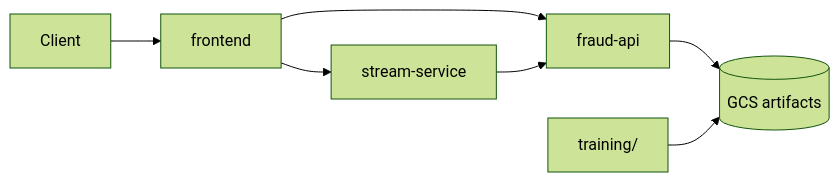
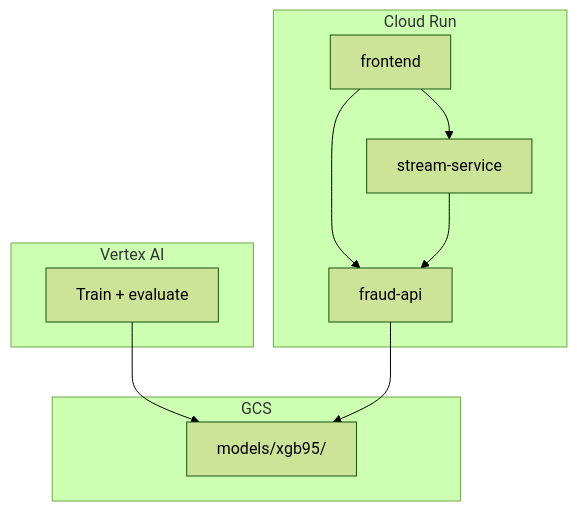
Before and after one commit to prasannahere/fraud-detection-ml-system: the diagram in README.md, drawn with Mermaid (forest theme). The commit also changed other lines of this file and 5 other files, not shown here.

````diff
--- a/README.md
+++ b/README.md
@@ -97,9 +95,22 @@
 ```mermaid
-flowchart LR
-    Client[Client] --> FE[frontend]
-    FE --> API[fraud-api]
-    FE --> Stream[stream-service]
+flowchart TB
+    subgraph vertex [Vertex AI]
+        Train[Train + evaluate]
+    end
+
+    subgraph gcs [GCS]
+        Models[models/xgb95/]
+    end
+
+    subgraph cloudrun [Cloud Run]
+        FE[frontend]
+        API[fraud-api]
+        Stream[stream-service]
+    end
+
+    Train --> Models
+    FE --> API
+    FE --> Stream
     Stream --> API
-    API --> GCS[(GCS artifacts)]
-    Train[training/] --> GCS
+    API --> Models
 ```
````
